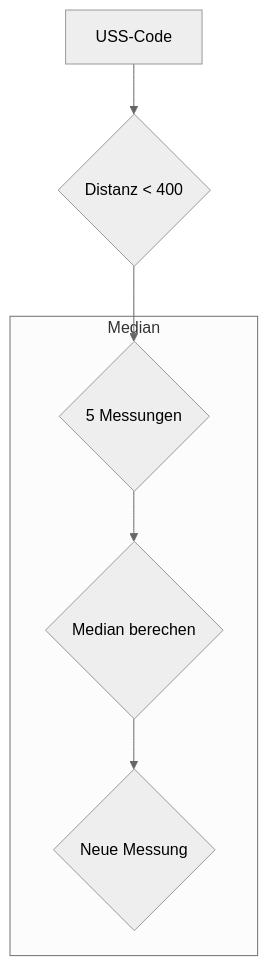
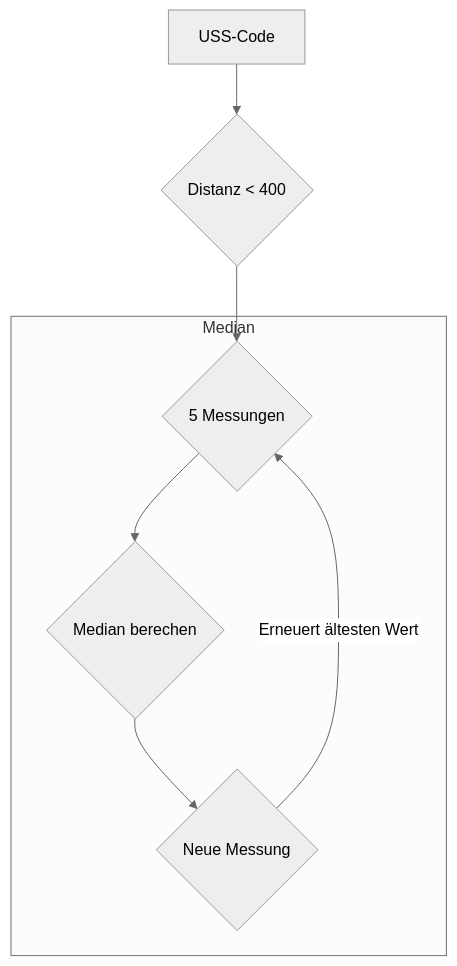
One commit to SchroedingersBit/PfortGTPanama changed the diagram in Programme/Eröffnungsrennen/README.md. Above: the diagram before and after it, drawn with Mermaid (neutral theme).

````diff
--- a/Programme/Eröffnungsrennen/README.md
+++ b/Programme/Eröffnungsrennen/README.md
@@ -5,8 +5,8 @@
 ```mermaid
 flowchart TB;
 USS-Code --> D{Distanz < 400} --> M{5 Messungen};
 subgraph Median
-M-->ME{Median berechen} -->N{Neue Messung};
+M-->ME{Median berechen} -->N{Neue Messung} -->|Erneuert ältesten Wert| M;
 end
 
 ```
````
